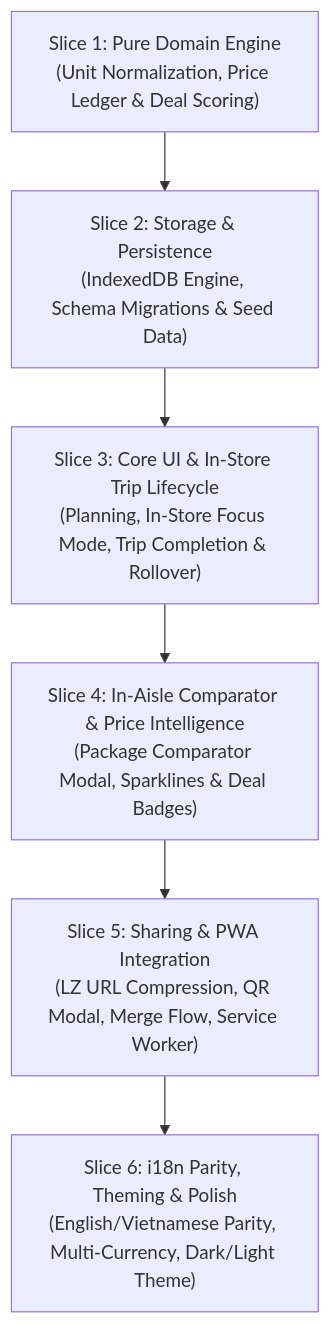
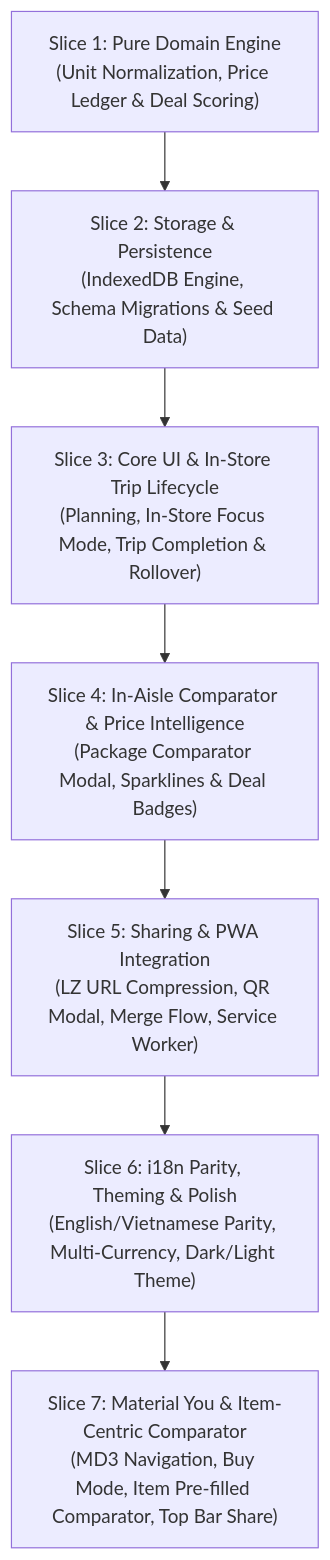
One commit to thanhtrixx/html-standalone-tools changed the diagram in smart-buy-list-price-tracker/ITEMS_TO_IMPLEMENT.md. Above: the diagram before and after it, drawn with Mermaid. The commit also changed other lines of this file and 7 other files, not shown here.

Commit message:
feat(smart-buy-list): implement Material You navigation, Buy Mode, and item-centric comparator (#140)

````diff
--- a/smart-buy-list-price-tracker/ITEMS_TO_IMPLEMENT.md
+++ b/smart-buy-list-price-tracker/ITEMS_TO_IMPLEMENT.md
@@ -61,15 +65,17 @@
 ```mermaid
 flowchart TD
     S1["Slice 1: Pure Domain Engine<br/>(Unit Normalization, Price Ledger &amp; Deal Scoring)"]
     S2["Slice 2: Storage &amp; Persistence<br/>(IndexedDB Engine, Schema Migrations &amp; Seed Data)"]
     S3["Slice 3: Core UI &amp; In-Store Trip Lifecycle<br/>(Planning, In-Store Focus Mode, Trip Completion &amp; Rollover)"]
     S4["Slice 4: In-Aisle Comparator &amp; Price Intelligence<br/>(Package Comparator Modal, Sparklines &amp; Deal Badges)"]
     S5["Slice 5: Sharing &amp; PWA Integration<br/>(LZ URL Compression, QR Modal, Merge Flow, Service Worker)"]
     S6["Slice 6: i18n Parity, Theming &amp; Polish<br/>(English/Vietnamese Parity, Multi-Currency, Dark/Light Theme)"]
+    S7["Slice 7: Material You &amp; Item-Centric Comparator<br/>(MD3 Navigation, Buy Mode, Item Pre-filled Comparator, Top Bar Share)"]
 
     S1 --> S2
     S2 --> S3
     S3 --> S4
     S4 --> S5
     S5 --> S6
+    S6 --> S7
 ```
````
